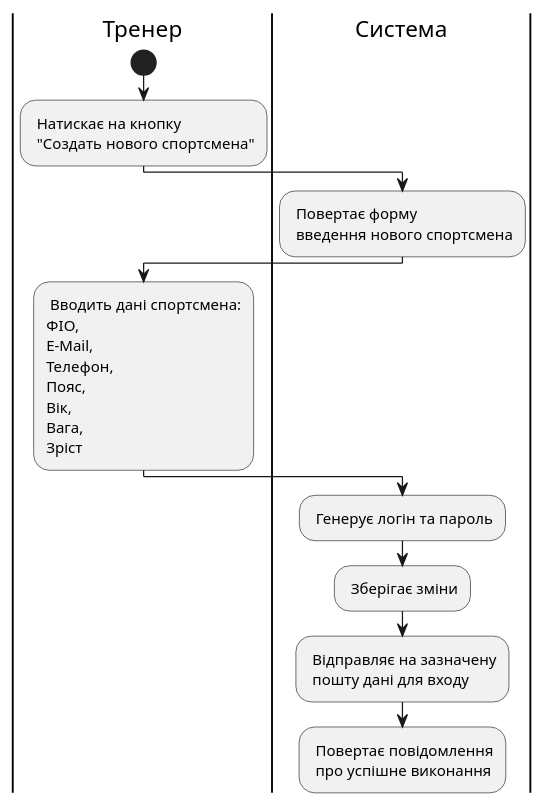
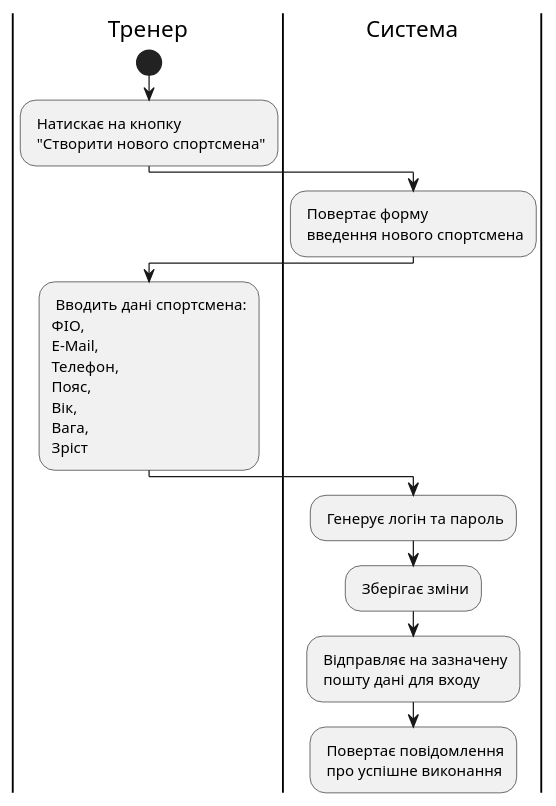
One commit to Loboz1666/database_basics_template changed the diagram in docs/use_cases/createSportman.puml. Above: the diagram before and after it, drawn with PlantUML.

Commit message:
new commit

```diff
--- a/docs/use_cases/createSportman.puml
+++ b/docs/use_cases/createSportman.puml
@@ -1,14 +1,14 @@
 @startuml
     |Тренер|
         start
-        : Натискає на кнопку\n "Создать нового спортсмена";
+        : Натискає на кнопку\n "Створити нового спортсмена";
     |Система|
         : Повертає форму \n введення нового спортсмена;
     |Тренер|
         : Вводить дані спортсмена:\nФІО,\nE-Mail,\nТелефон,\nПояс,\nВік,\nВага,\nЗріст;
     |Система|
         : Генерує логін та пароль;
         : Зберігає зміни;
         : Відправляє на зазначену\n пошту дані для входу;
         : Повертає повідомлення\n про успішне виконання;
 @enduml
```
